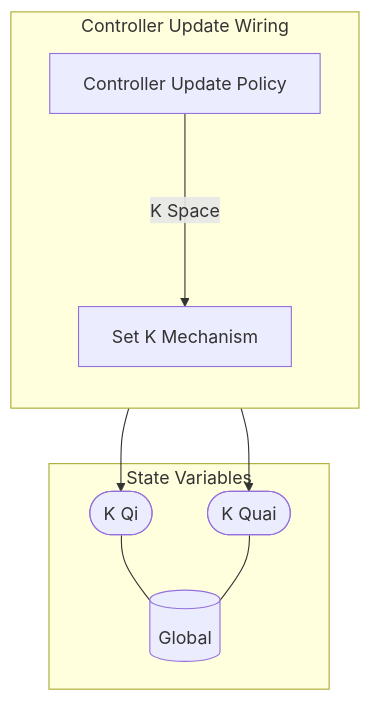
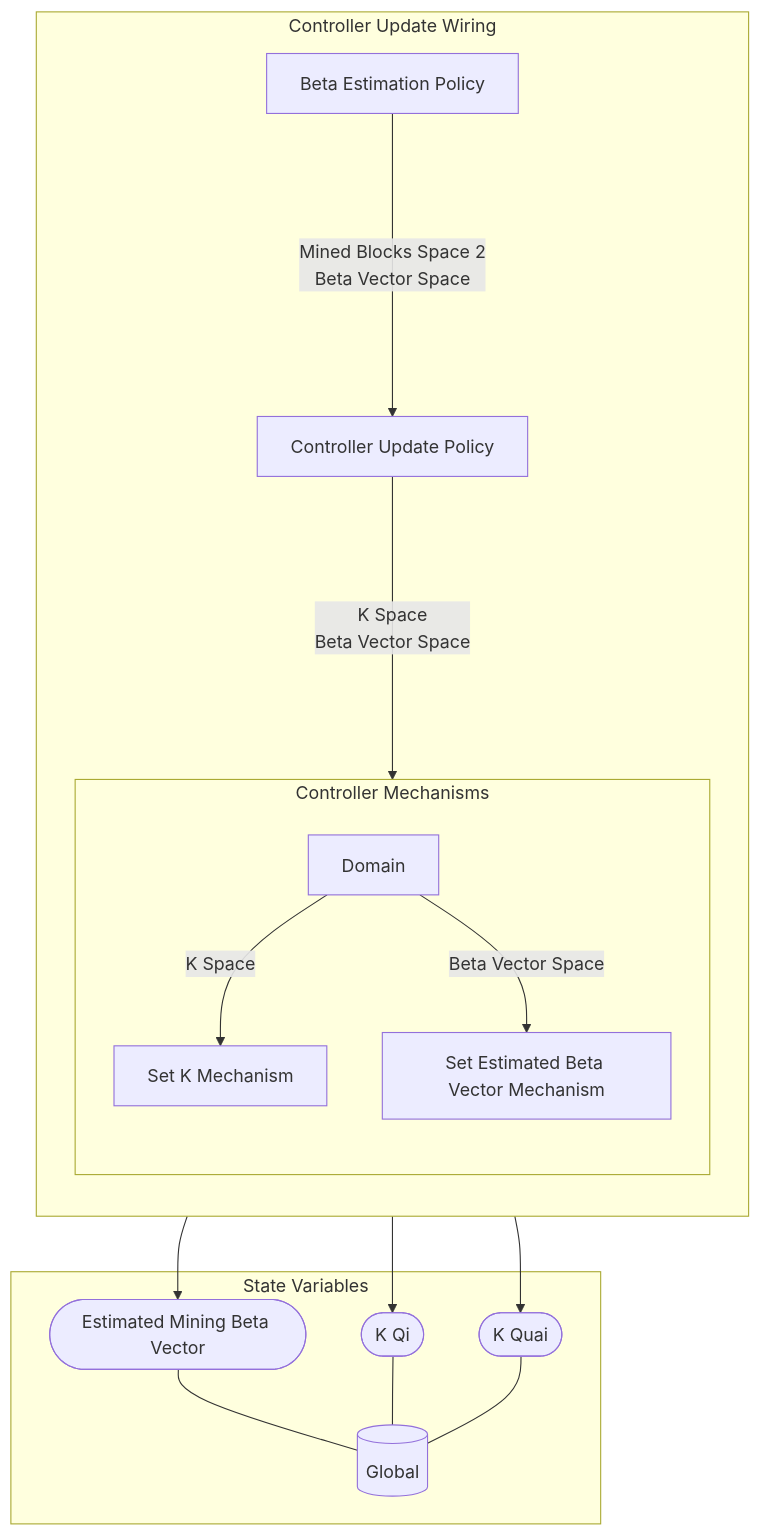
One commit to dominant-strategies/Quai-Macro-Model changed the diagram in Research/MSML Scaffold/Wiring/Controller Update Wiring.md. Above: the diagram before and after it, drawn with Mermaid. The commit also changed other lines of this file and 21 other files, not shown here.

Commit message:
Spec is flowing

````diff
--- a/Research/MSML Scaffold/Wiring/Controller Update Wiring.md
+++ b/Research/MSML Scaffold/Wiring/Controller Update Wiring.md
@@ -3,20 +3,37 @@
 ```mermaid
 graph TB
 
 subgraph SVS["State Variables"]
 EE0[("Global")]
-EES0(["K Qi"])
+EES0(["Estimated Mining Beta Vector"])
 EES0 --- EE0
-EES1(["K Quai"])
+EES1(["K Qi"])
 EES1 --- EE0
+EES2(["K Quai"])
+EES2 --- EE0
 end
 
-subgraph X3["Controller Update Wiring"]
+subgraph X8["Controller Update Wiring"]
 direction TB
-X1["Controller Update Policy"]
-X2["Set K Mechanism"]
-X2 --> EES1
-X2 --> EES0
-X1--"K Space"--->X2
+X1["Beta Estimation Policy"]
+X2["Controller Update Policy"]
+subgraph X7["Controller Mechanisms"]
+direction TB
+X3["Set K Mechanism"]
+X3 --> EES2
+X3 --> EES1
+X4["Set Estimated Beta Vector Mechanism"]
+X4 --> EES0
+X5[Domain]
+
+direction LR
+direction TB
+X5 --"K Space"--> X3
+X5 --"Beta Vector Space"--> X4
+end
+X1--"Mined Blocks Space 2
+Beta Vector Space"---->X2
+X2--"K Space
+Beta Vector Space"---->X7
 end
 ```
````
